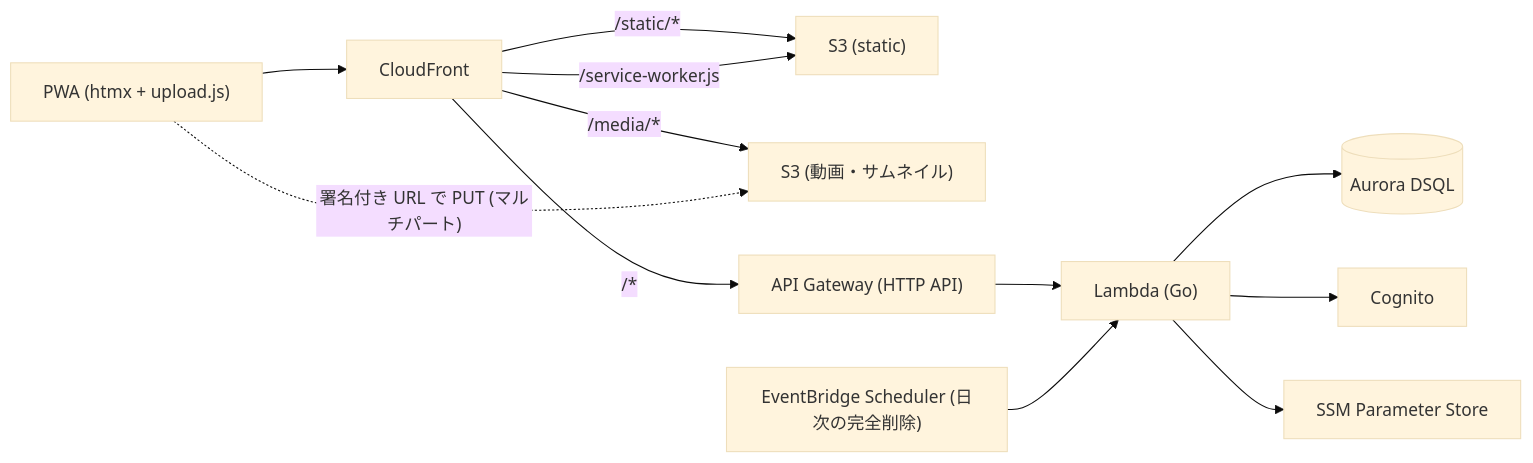
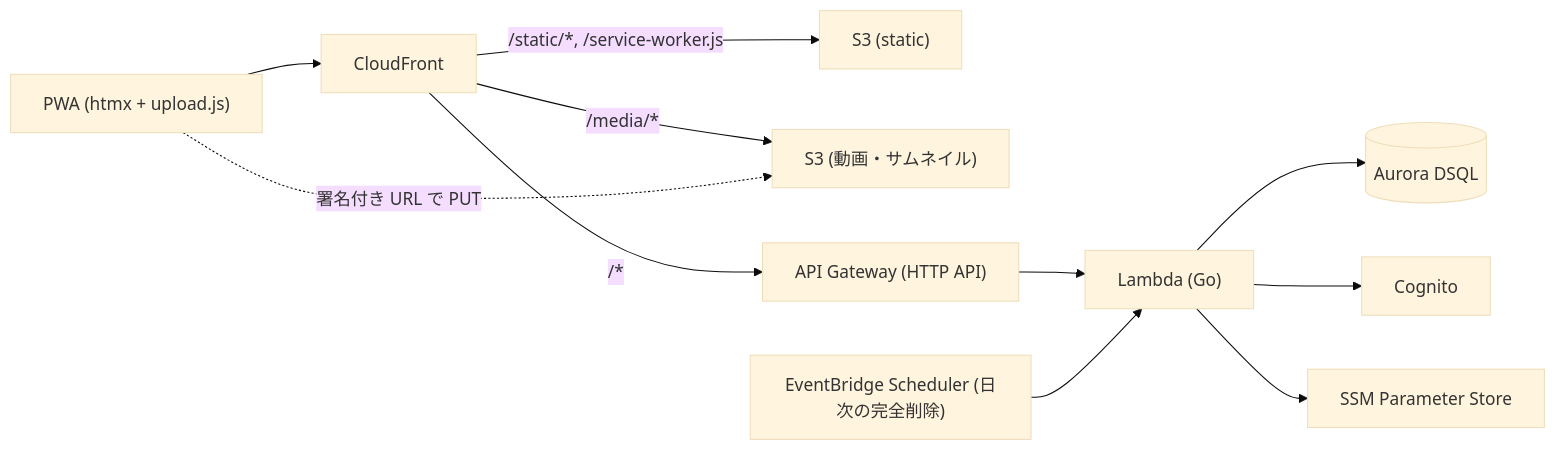
Before and after one commit to Inouey1008/family-video: the first of 2 diagrams in docs/architecture.md, drawn with Mermaid (base theme). The commit also changed other lines of this file and 18 other files, not shown here.

````diff
--- a/docs/architecture.md
+++ b/docs/architecture.md
@@ -22,24 +20,20 @@
 ```mermaid
 flowchart LR
   PWA["PWA (htmx + upload.js)"]
   CF["CloudFront"]
   S3S["S3 (static)"]
   S3M["S3 (動画・サムネイル)"]
   APIGW["API Gateway (HTTP API)"]
   L["Lambda (Go)"]
   DB[("Aurora DSQL")]
-  COG["Cognito"]
-  SSM["SSM Parameter Store"]
-
   PWA --> CF
-  CF -->|"/static/*"| S3S
-  CF -->|"/service-worker.js"| S3S
+  CF -->|"/static/*, /service-worker.js"| S3S
   CF -->|"/media/*"| S3M
   CF -->|"/*"| APIGW
   APIGW --> L
   SCH["EventBridge Scheduler (日次の完全削除)"] --> L
   L --> DB
-  L --> COG
-  L --> SSM
-  PWA -.->|"署名付き URL で PUT (マルチパート)"| S3M
+  L --> COG["Cognito"]
+  L --> SSM["SSM Parameter Store"]
+  PWA -.->|"署名付き URL で PUT"| S3M
 ```
````
